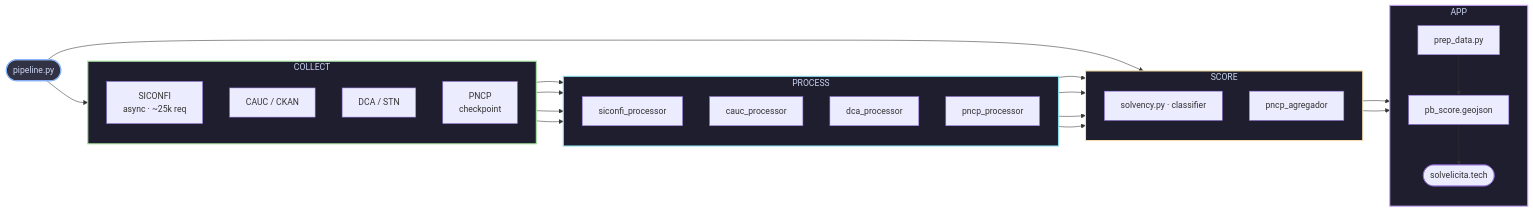
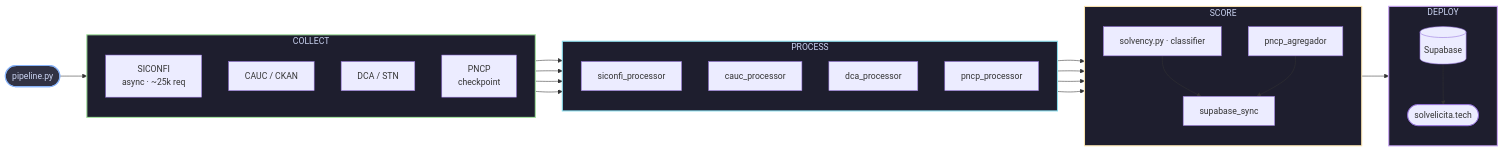
Before and after one commit to Fel-tby/solvelicita: the diagram in README.md, drawn with Mermaid.

Commit message:
docs: Refactor flowchart in README for clarity

````diff
--- a/README.md
+++ b/README.md
@@ -74,52 +74,53 @@
 ```mermaid
 flowchart LR
     PL(["pipeline.py"])
 
-    PL --> COLLECT & SCORE
+    PL --> COLLECT
 
     subgraph COLLECT["COLLECT"]
         direction TB
-        A1["SICONFI\nasync · ~25k req"]
+        A1["SICONFI
+async · ~25k req"]
         A2["CAUC / CKAN"]
         A3["DCA / STN"]
-        A4["PNCP\ncheckpoint"]
+        A4["PNCP
+checkpoint"]
     end
 
     subgraph PROCESS["PROCESS"]
         direction TB
         B1["siconfi_processor"]
         B2["cauc_processor"]
         B3["dca_processor"]
         B4["pncp_processor"]
     end
 
     subgraph SCORE["SCORE"]
         direction TB
         C1["solvency.py · classifier"]
         C2["pncp_agregador"]
+        C3["supabase_sync"]
     end
 
-    subgraph APP["APP"]
+    subgraph DEPLOY["DEPLOY"]
         direction TB
-        D1["prep_data.py"]
-        D2["pb_score.geojson"]
-        D3(["solvelicita.tech"])
+        DB[("Supabase")]
+        SITE(["solvelicita.tech"])
     end
 
     A1 --> B1
     A2 --> B2
     A3 --> B3
     A4 --> B4
 
     B1 & B2 & B3 --> C1
     B4 --> C2
-
-    C1 & C2 --> D1
-    D1 --> D2 --> D3
+    C1 & C2 --> C3
+    C3 --> DB --> SITE
 
     style PL      fill:#313244,color:#cdd6f4,stroke:#89b4fa,stroke-width:2px
     style COLLECT fill:#1e1e2e,color:#cdd6f4,stroke:#a6e3a1,stroke-width:2px
     style PROCESS fill:#1e1e2e,color:#cdd6f4,stroke:#89dceb,stroke-width:2px
     style SCORE   fill:#1e1e2e,color:#cdd6f4,stroke:#f9e2af,stroke-width:2px
-    style APP     fill:#1e1e2e,color:#cdd6f4,stroke:#cba6f7,stroke-width:2px
+    style DEPLOY  fill:#1e1e2e,color:#cdd6f4,stroke:#cba6f7,stroke-width:2px
 ```
````
